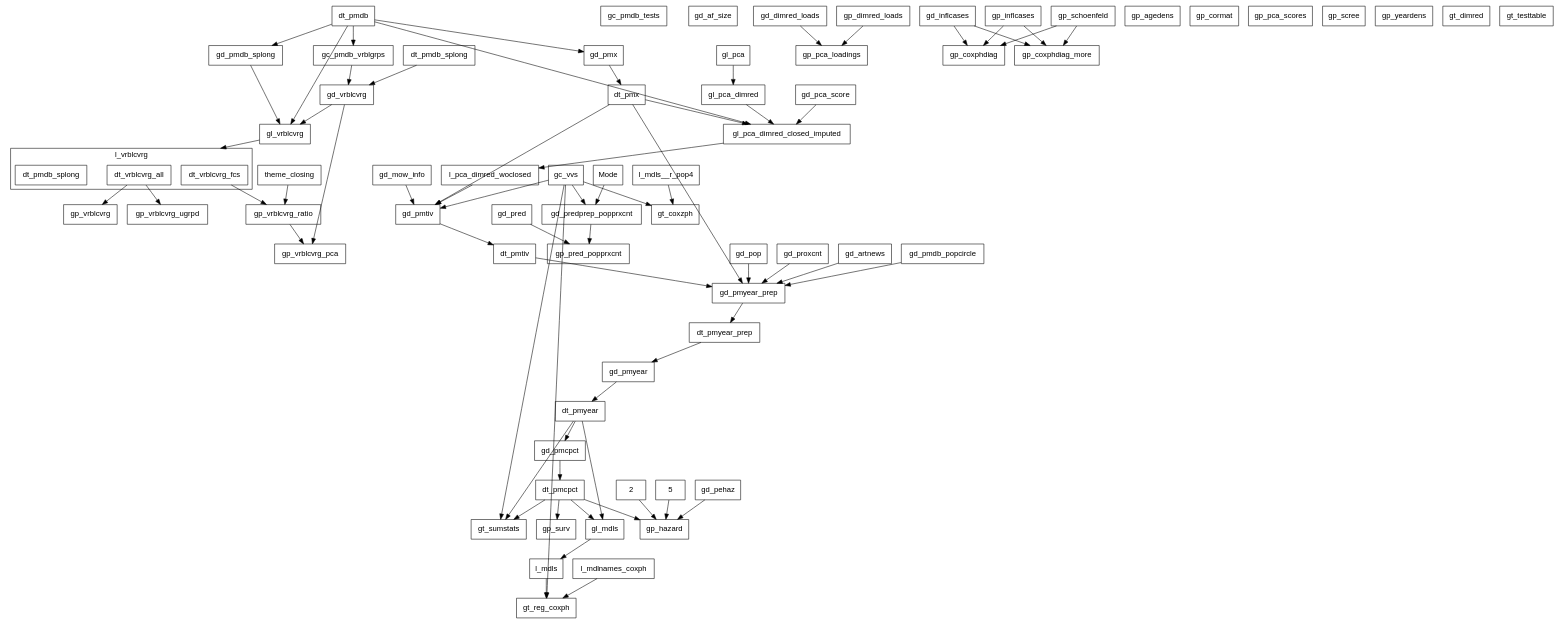
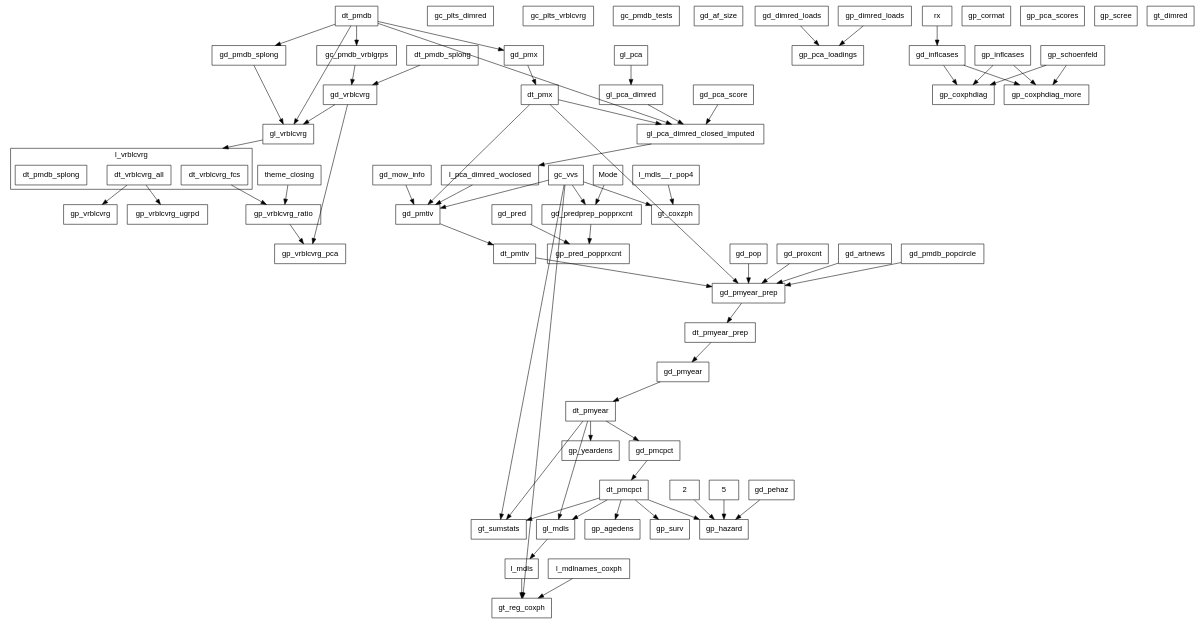
Before and after one commit to swhalemwo/pm_closing: the diagram in misc/callgraph2.dot, drawn with Graphviz. The commit also changed 3 other files, not shown here.

```diff
--- a/misc/callgraph2.dot
+++ b/misc/callgraph2.dot
@@ -1,144 +1,149 @@
 digraph D {
  compound = true;
  splines = false; fontname=helvetica;
  node [shape=box, fontsize = 14, fontname=helvetica];
  edge [style = solid];
  
  subgraph cluster_l_vrblcvrg {
  label = "l_vrblcvrg";
  l_vrblcvrg__dt_vrblcvrg_all [label=dt_vrblcvrg_all]; 
 l_vrblcvrg__dt_vrblcvrg_fcs [label=dt_vrblcvrg_fcs]; 
 l_vrblcvrg [label = "", color=transparent, width=0, height=0]; 
 l_vrblcvrg__dt_pmdb_splong [label=dt_pmdb_splong] 
 } 
- gc_pmdb_tests; 
+ gc_plts_dimred; 
+gc_plts_vrblcvrg; 
+gc_pmdb_tests; 
 gc_pmdb_vrblgrps; 
 gc_vvs; 
 gd_af_size; 
 gd_artnews; 
 gd_dimred_loads; 
 gd_inflcases; 
 gd_mow_info; 
 gd_pca_score; 
 gd_pehaz; 
 gd_pmcpct; 
 gd_pmdb_popcircle; 
 gd_pmdb_splong; 
 gd_pmtiv; 
 gd_pmx; 
 gd_pmyear; 
 gd_pmyear_prep; 
 gd_pop; 
 gd_pred; 
 gd_predprep_popprxcnt; 
 gd_proxcnt; 
 gd_vrblcvrg; 
 gl_mdls; 
 gl_pca; 
 gl_pca_dimred; 
 gl_pca_dimred_closed_imputed; 
 gl_vrblcvrg; 
 gp_agedens; 
 gp_cormat; 
 gp_coxphdiag; 
 gp_coxphdiag_more; 
 gp_dimred_loads; 
 gp_hazard; 
 gp_inflcases; 
 gp_pca_loadings; 
 gp_pca_scores; 
 gp_pred_popprxcnt; 
 gp_schoenfeld; 
 gp_scree; 
 gp_surv; 
 gp_vrblcvrg; 
 gp_vrblcvrg_pca; 
 gp_vrblcvrg_ratio; 
 gp_vrblcvrg_ugrpd; 
 gp_yeardens; 
 gt_coxzph; 
 gt_dimred; 
 gt_reg_coxph; 
 gt_sumstats; 
-gt_testtable; 
 Mode; 
 theme_closing; 
 dt_pmdb; 
 dt_pmdb_splong; 
 dt_pmx; 
 l_pca_dimred_woclosed; 
 dt_pmtiv; 
 dt_pmyear_prep; 
 dt_pmyear; 
 dt_pmcpct; 
 2; 
 5; 
+rx; 
 l_mdls__r_pop4; 
 l_mdls; 
 l_mdlnames_coxph 
  2 -> gp_hazard; 
 5 -> gp_hazard; 
 Mode -> gd_predprep_popprxcnt; 
 dt_pmcpct -> gl_mdls; 
+dt_pmcpct -> gp_agedens; 
 dt_pmcpct -> gp_hazard; 
 dt_pmcpct -> gp_surv; 
 dt_pmcpct -> gt_sumstats; 
 dt_pmdb -> gc_pmdb_vrblgrps; 
 dt_pmdb -> gd_pmdb_splong; 
 dt_pmdb -> gd_pmx; 
 dt_pmdb -> gl_pca_dimred_closed_imputed; 
 dt_pmdb -> gl_vrblcvrg; 
 dt_pmdb_splong -> gd_vrblcvrg; 
 dt_pmtiv -> gd_pmyear_prep; 
 dt_pmx -> gd_pmtiv; 
 dt_pmx -> gd_pmyear_prep; 
 dt_pmx -> gl_pca_dimred_closed_imputed; 
 dt_pmyear -> gd_pmcpct; 
 dt_pmyear -> gl_mdls; 
+dt_pmyear -> gp_yeardens; 
 dt_pmyear -> gt_sumstats; 
 dt_pmyear_prep -> gd_pmyear; 
 gc_pmdb_vrblgrps -> gd_vrblcvrg; 
 gc_vvs -> gd_pmtiv; 
 gc_vvs -> gd_predprep_popprxcnt; 
 gc_vvs -> gt_coxzph; 
 gc_vvs -> gt_reg_coxph; 
 gc_vvs -> gt_sumstats; 
 gd_artnews -> gd_pmyear_prep; 
 gd_dimred_loads -> gp_pca_loadings; 
 gd_inflcases -> gp_coxphdiag; 
 gd_inflcases -> gp_coxphdiag_more; 
 gd_mow_info -> gd_pmtiv; 
 gd_pca_score -> gl_pca_dimred_closed_imputed; 
 gd_pehaz -> gp_hazard; 
 gd_pmcpct -> dt_pmcpct; 
 gd_pmdb_popcircle -> gd_pmyear_prep; 
 gd_pmdb_splong -> gl_vrblcvrg; 
 gd_pmtiv -> dt_pmtiv; 
 gd_pmx -> dt_pmx; 
 gd_pmyear -> dt_pmyear; 
 gd_pmyear_prep -> dt_pmyear_prep; 
 gd_pop -> gd_pmyear_prep; 
 gd_pred -> gp_pred_popprxcnt; 
 gd_predprep_popprxcnt -> gp_pred_popprxcnt; 
 gd_proxcnt -> gd_pmyear_prep; 
 gd_vrblcvrg -> gl_vrblcvrg; 
 gd_vrblcvrg -> gp_vrblcvrg_pca; 
 gl_mdls -> l_mdls; 
 gl_pca -> gl_pca_dimred; 
 gl_pca_dimred -> gl_pca_dimred_closed_imputed; 
 gl_pca_dimred_closed_imputed -> l_pca_dimred_woclosed; 
 gl_vrblcvrg -> l_vrblcvrg[lhead=cluster_l_vrblcvrg,ltail=gl_vrblcvrg]; 
 gp_dimred_loads -> gp_pca_loadings; 
 gp_inflcases -> gp_coxphdiag; 
 gp_inflcases -> gp_coxphdiag_more; 
 gp_schoenfeld -> gp_coxphdiag; 
 gp_schoenfeld -> gp_coxphdiag_more; 
 gp_vrblcvrg_ratio -> gp_vrblcvrg_pca; 
 l_mdlnames_coxph -> gt_reg_coxph; 
 l_mdls -> gt_reg_coxph; 
 l_mdls__r_pop4 -> gt_coxzph; 
 l_pca_dimred_woclosed -> gd_pmtiv; 
 l_vrblcvrg__dt_vrblcvrg_all -> gp_vrblcvrg; 
 l_vrblcvrg__dt_vrblcvrg_all -> gp_vrblcvrg_ugrpd; 
 l_vrblcvrg__dt_vrblcvrg_fcs -> gp_vrblcvrg_ratio; 
+rx -> gd_inflcases; 
 theme_closing -> gp_vrblcvrg_ratio }
```
